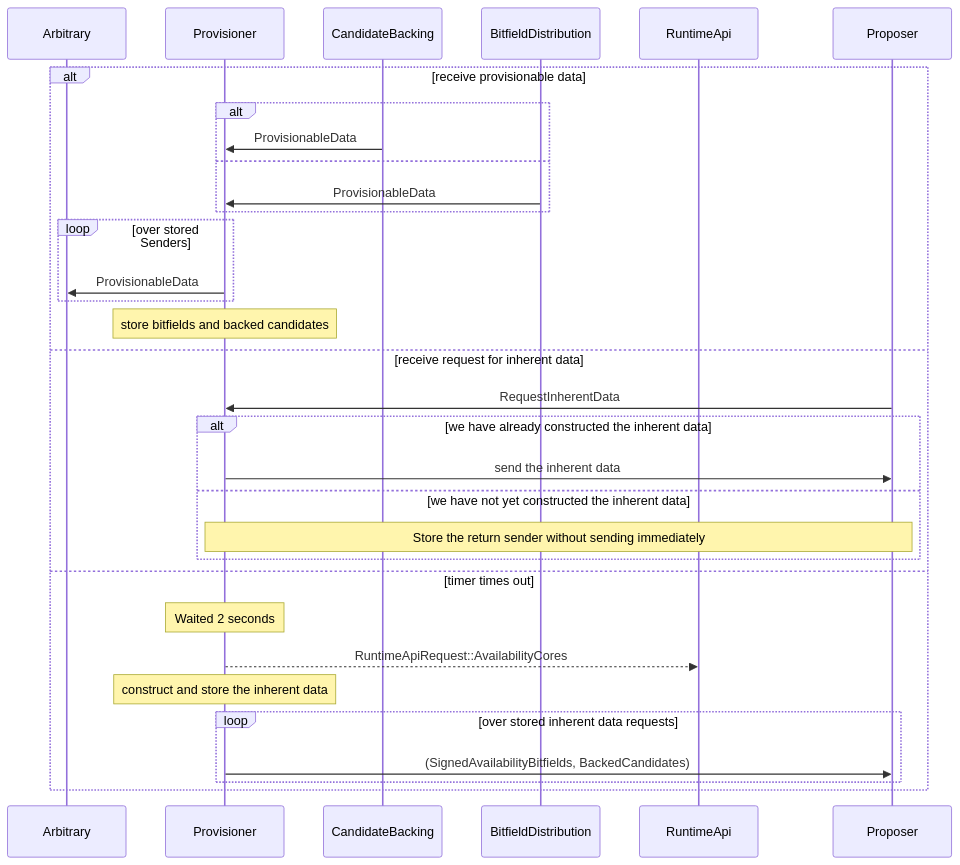
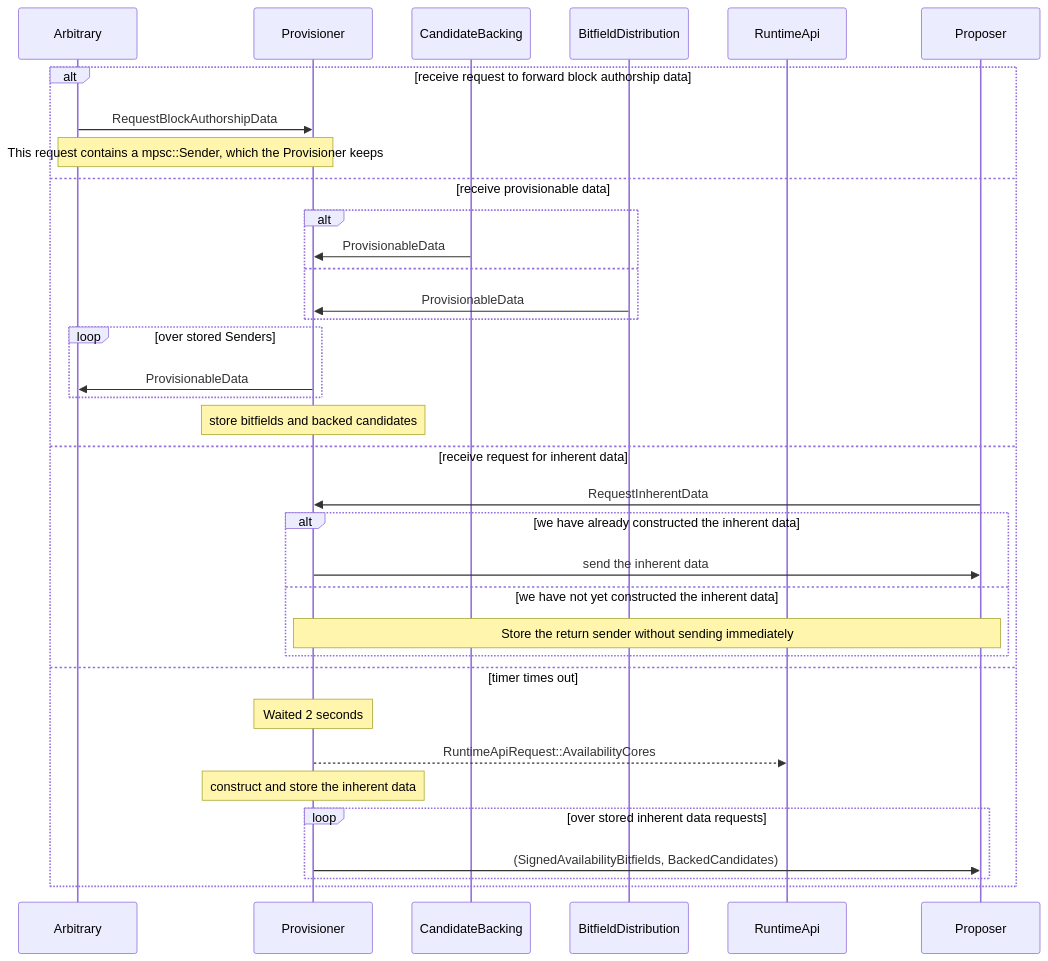
One commit to SpiderDAO/polkadot changed the tenth of 10 diagrams in roadmap/implementers-guide/src/node/subsystems-and-jobs.md. Above: the diagram before and after it, drawn with Mermaid. The commit also changed other lines of this file and 259 other files, not shown here.

````diff
--- a/roadmap/implementers-guide/src/node/subsystems-and-jobs.md
+++ b/roadmap/implementers-guide/src/node/subsystems-and-jobs.md
@@ -376,37 +382,40 @@
 ```mermaid
 sequenceDiagram
     participant A as Arbitrary
     participant PV as Provisioner
     participant CB as CandidateBacking
     participant BD as BitfieldDistribution
     participant RA as RuntimeApi
     participant PO as Proposer
 
-    alt receive provisionable data
+    alt receive request to forward block authorship data
+        A ->> PV: RequestBlockAuthorshipData
+        Note over A,PV: This request contains a mpsc::Sender, which the Provisioner keeps
+    else receive provisionable data
         alt
             CB ->> PV: ProvisionableData
         else
             BD ->> PV: ProvisionableData
         end
 
         loop over stored Senders
             PV ->> A: ProvisionableData
         end
 
         Note over PV: store bitfields and backed candidates
     else receive request for inherent data
         PO ->> PV: RequestInherentData
         alt we have already constructed the inherent data
             PV ->> PO: send the inherent data
         else we have not yet constructed the inherent data
             Note over PV,PO: Store the return sender without sending immediately
         end
     else timer times out
         note over PV: Waited 2 seconds
         PV -->> RA: RuntimeApiRequest::AvailabilityCores
         Note over PV: construct and store the inherent data
         loop over stored inherent data requests
             PV ->> PO: (SignedAvailabilityBitfields, BackedCandidates)
         end
     end
 ```
````
